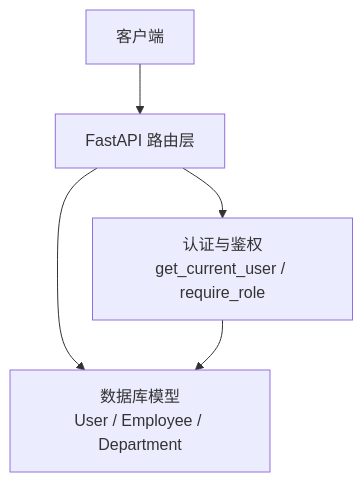
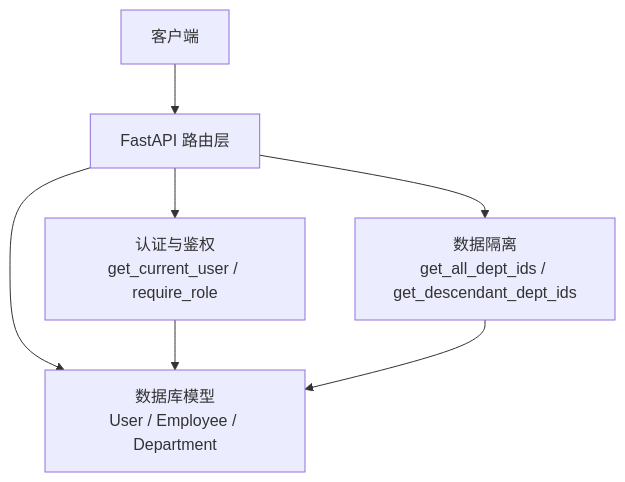
One commit to xgd561/performance_evaluation_system changed the first of 11 diagrams in .qoder/repowiki/zh/content/系统架构/安全架构设计/RBAC权限控制.md. Above: the diagram before and after it, drawn with Mermaid. The commit also changed other lines of this file and 136 other files, not shown here.

````diff
--- a/.qoder/repowiki/zh/content/系统架构/安全架构设计/RBAC权限控制.md
+++ b/.qoder/repowiki/zh/content/系统架构/安全架构设计/RBAC权限控制.md
@@ -45,7 +56,9 @@
 ```mermaid
 graph TB
 Client["客户端"] --> API["FastAPI 路由层"]
 API --> Auth["认证与鉴权<br/>get_current_user / require_role"]
+API --> DataIsolation["数据隔离<br/>get_all_dept_ids / get_descendant_dept_ids"]
 API --> DB["数据库模型<br/>User / Employee / Department"]
 Auth --> DB
+DataIsolation --> DB
 ```
````
